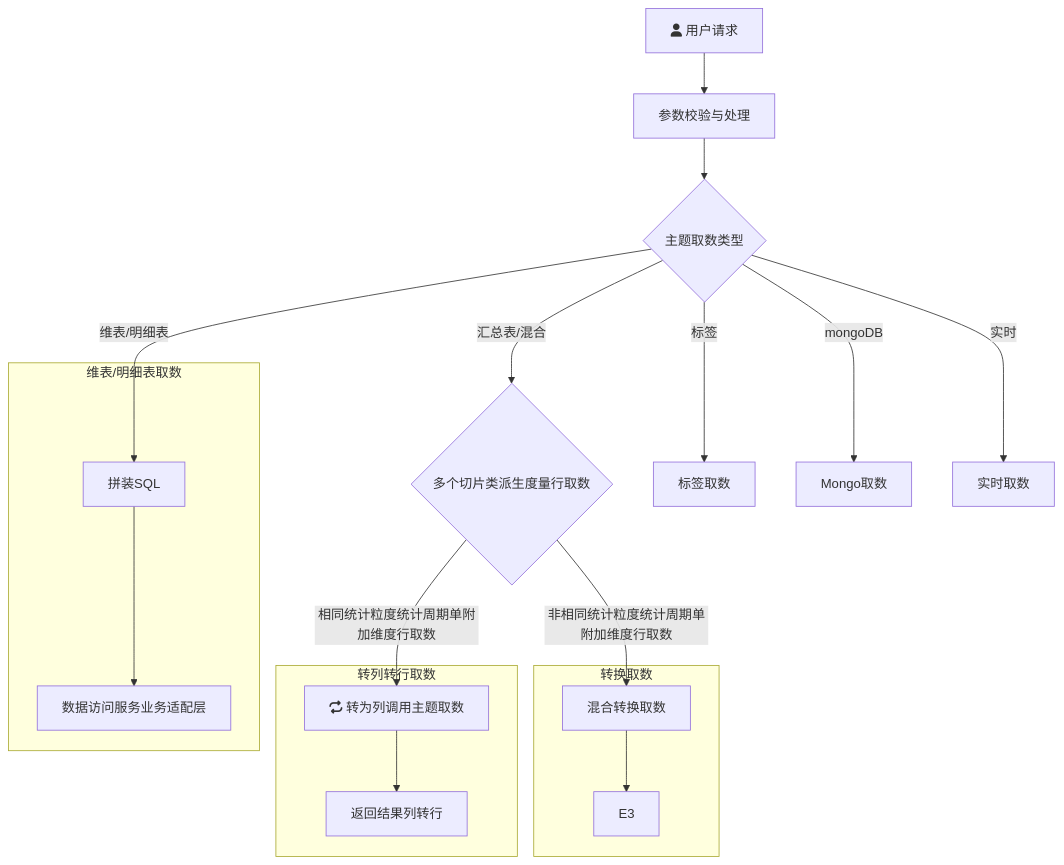
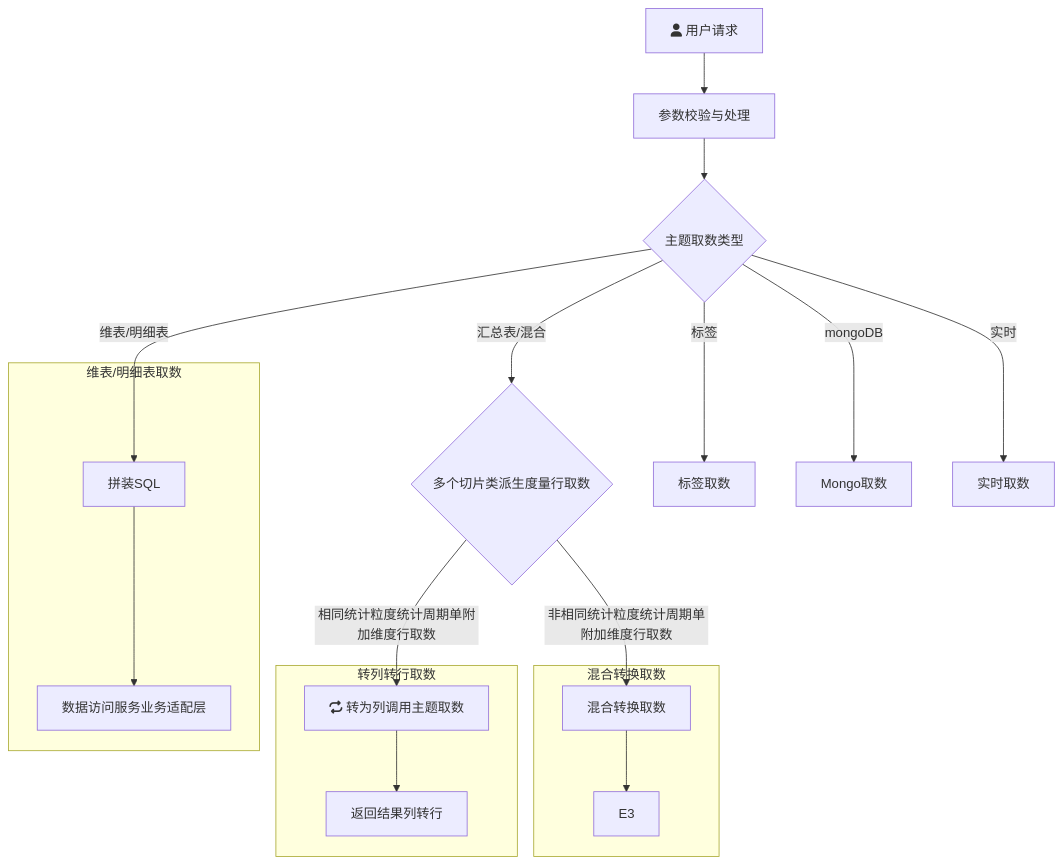
One commit to yanglosm/iodraw-files changed the diagram in all/未命名.md. Above: the diagram before and after it, drawn with Mermaid.

Commit message:
2024-11-29 18:35:37 update

````diff
--- a/all/未命名.md
+++ b/all/未命名.md
@@ -1,20 +1,20 @@
 ```mermaid
 flowchart TD
     A[fa:fa-user 用户请求] -->A1[参数校验与处理] --> B{主题取数类型}
     B -->|维表/明细表| D[拼装SQL]
     B -->|汇总表/混合| E{多个切片类派生度量行取数}
     B -->|标签| F[标签取数]
     B -->|mongoDB| G[Mongo取数]
     B -->|实时| H[实时取数]
     E -->|相同统计粒度统计周期单附加维度行取数| E1[fa:fa-repeat 转为列调用主题取数]
     E -->|非相同统计粒度统计周期单附加维度行取数| E2[混合转换取数]
     subgraph 维表/明细表取数
     D-->D1[数据访问服务业务适配层]
     end
     subgraph 转列转行取数
     E1-->E11[返回结果列转行]
     end
-    subgraph 转换取数
+    subgraph 混合转换取数
     E2-->E3
     end
 ```
````
